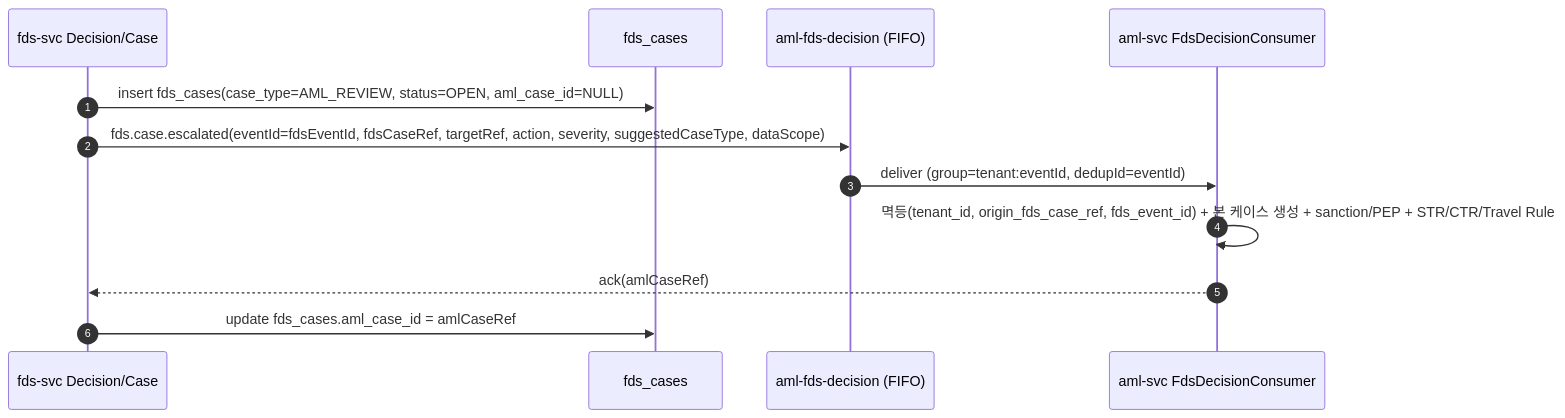
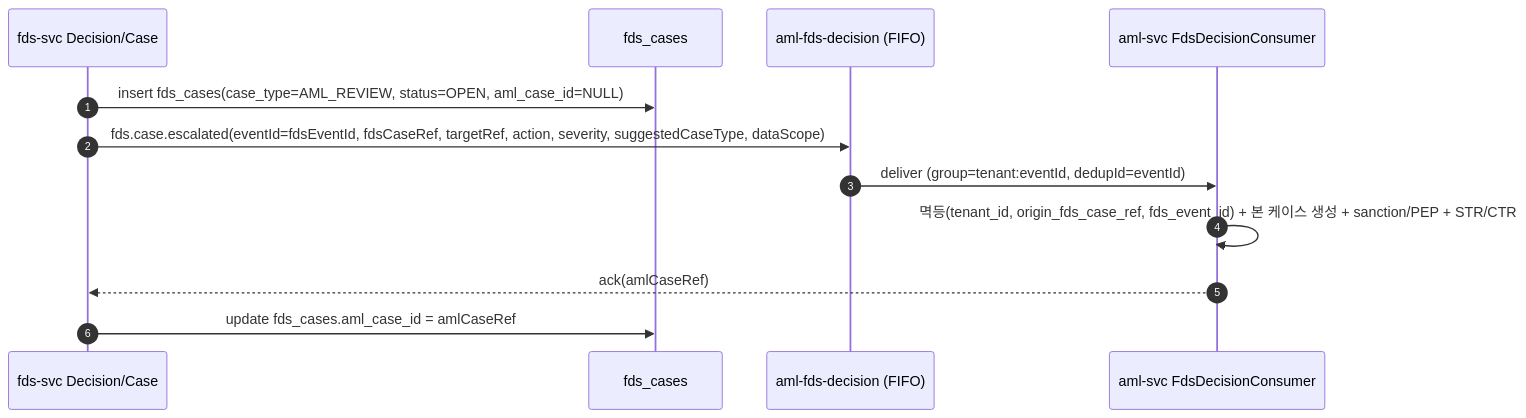
Before and after one commit to smkim89/aml-system-docs: the fourth of 6 diagrams in docs/design/integration/01-fds-integration.md, drawn with Mermaid. The commit also changed other lines of this file and 13 other files, not shown here.

First line of the commit message:
docs(db·api·integration·plan·sw·tasks): Travel Rule 전면 제거 역전파 — aml V31·bo-api V14·fds V9 (aegis-aml 84997e1)

````diff
--- a/docs/design/integration/01-fds-integration.md
+++ b/docs/design/integration/01-fds-integration.md
@@ -351,14 +351,14 @@
 ```mermaid
 sequenceDiagram
     autonumber
     participant CORE as fds-svc Decision/Case
     participant DB as fds_cases
     participant QH as aml-fds-decision (FIFO)
     participant AML as aml-svc FdsDecisionConsumer
     CORE->>DB: insert fds_cases(case_type=AML_REVIEW, status=OPEN, aml_case_id=NULL)
     CORE->>QH: fds.case.escalated(eventId=fdsEventId, fdsCaseRef, targetRef, action, severity, suggestedCaseType, dataScope)
     QH->>AML: deliver (group=tenant:eventId, dedupId=eventId)
-    AML->>AML: 멱등(tenant_id, origin_fds_case_ref, fds_event_id) + 본 케이스 생성 + sanction/PEP + STR/CTR/Travel Rule
+    AML->>AML: 멱등(tenant_id, origin_fds_case_ref, fds_event_id) + 본 케이스 생성 + sanction/PEP + STR/CTR
     AML-->>CORE: ack(amlCaseRef)
     CORE->>DB: update fds_cases.aml_case_id = amlCaseRef
 ```
````
